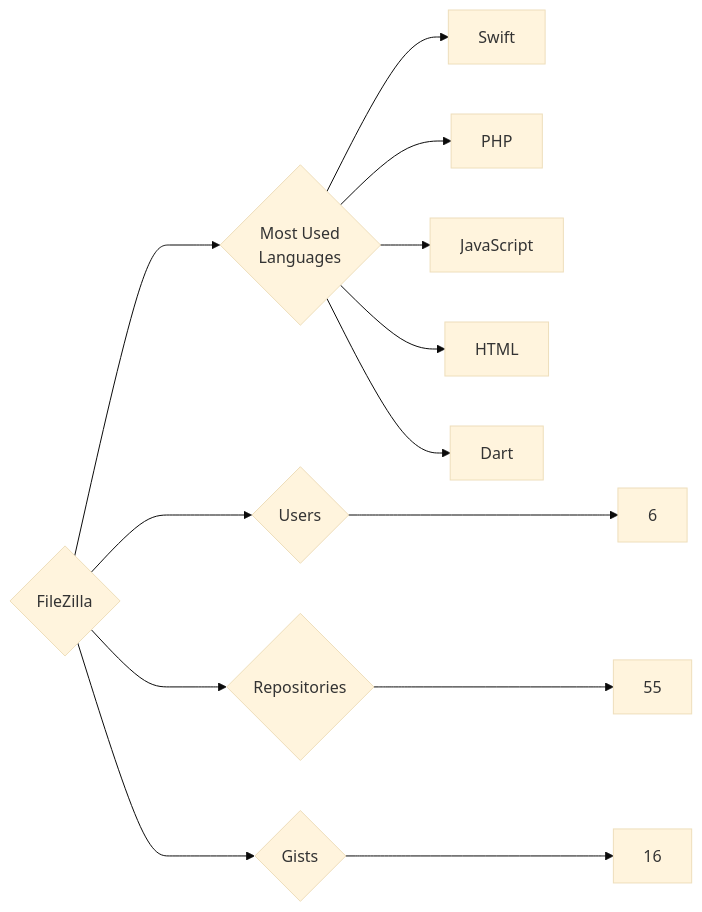
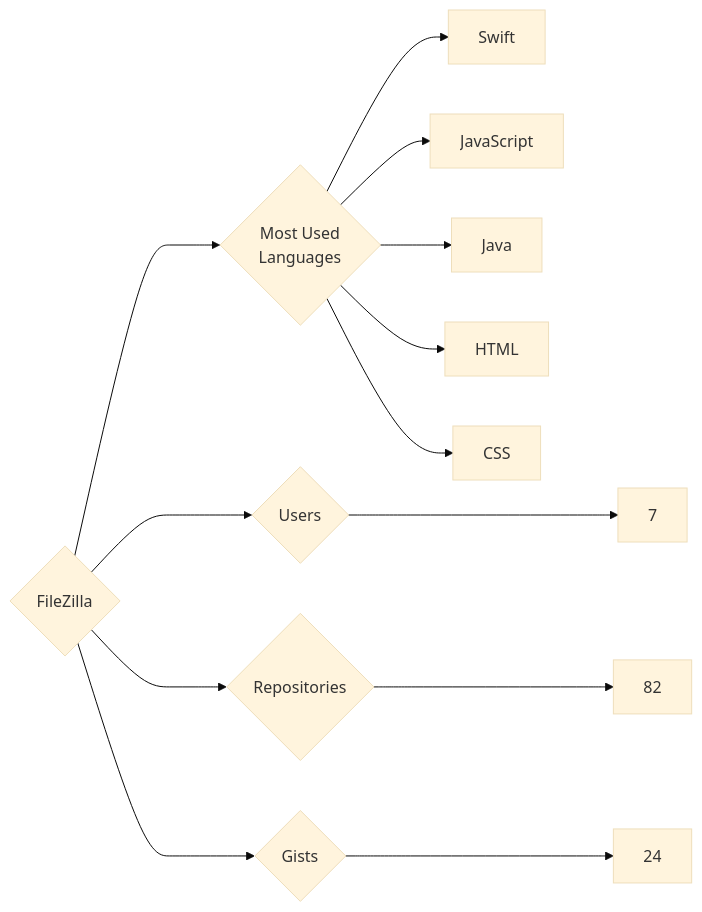
Before and after one commit to trickest/insiders: the diagram in targets/FileZilla/README.md, drawn with Mermaid (base theme). The commit also changed 985 other files, not shown here.

````diff
--- a/targets/FileZilla/README.md
+++ b/targets/FileZilla/README.md
@@ -3,13 +3,13 @@
 ```mermaid
 graph LR
 COMPANY_NAME{FileZilla}
-COMPANY_NAME ---> U{Users} ---> UN[6]
-COMPANY_NAME ---> R{Repositories} ---> RN[55]
-COMPANY_NAME ---> G{Gists} ---> GN[16]
+COMPANY_NAME ---> U{Users} ---> UN[7]
+COMPANY_NAME ---> R{Repositories} ---> RN[82]
+COMPANY_NAME ---> G{Gists} ---> GN[24]
 COMPANY_NAME ---> ML{Most Used<br>Languages}
 ML --> Swift[Swift]
-ML --> PHP[PHP]
 ML --> JavaScript[JavaScript]
+ML --> Java[Java]
 ML --> HTML[HTML]
-ML --> Dart[Dart]
+ML --> CSS[CSS]
 ```
````
